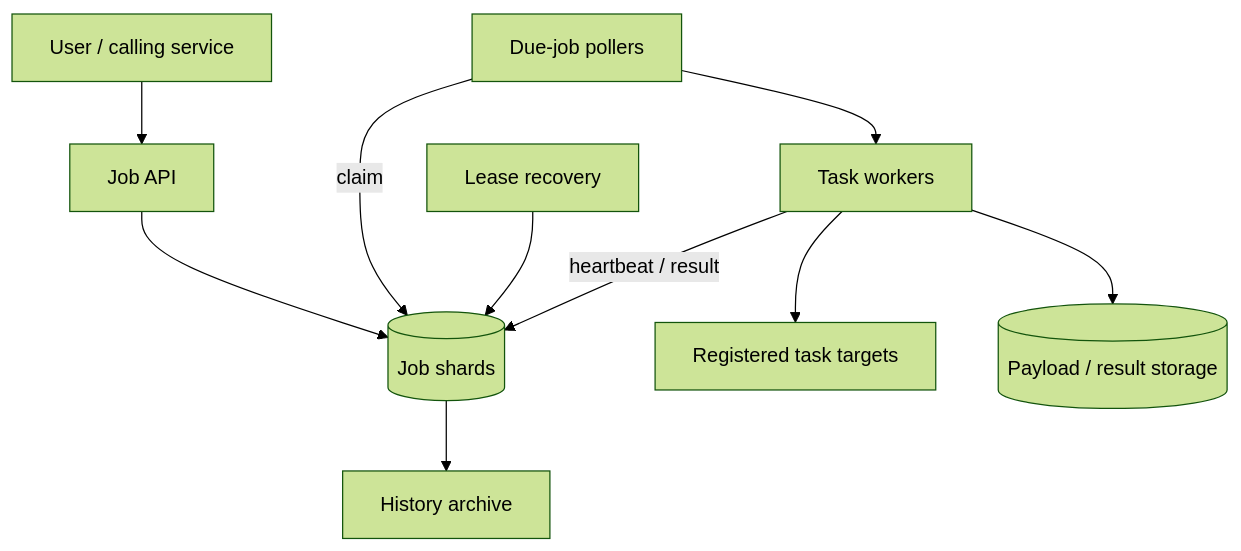
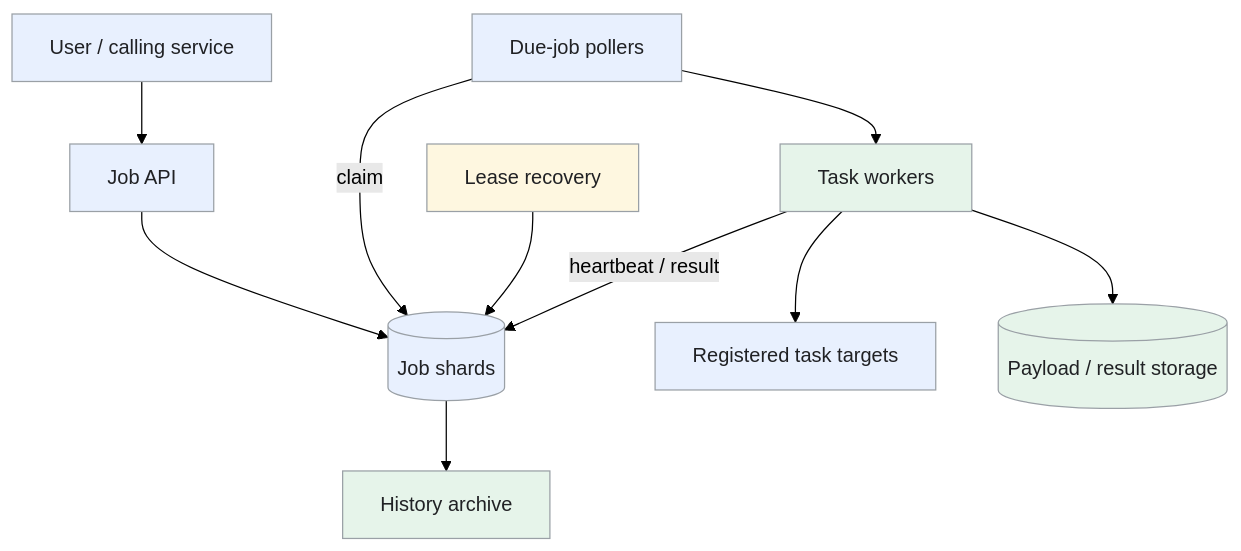
One commit to iliazlobin/iliazlobin.github.io changed the first of 3 diagrams in _designs/system-design-job-scheduler.md. Above: the diagram before and after it, drawn with Mermaid (forest theme). The commit also changed other lines of this file and 20 other files, not shown here.

Commit message:
Improve design flows, tradeoffs, and technology references

````diff
--- a/_designs/system-design-job-scheduler.md
+++ b/_designs/system-design-job-scheduler.md
@@ -128,12 +128,18 @@
 ```mermaid
 flowchart TB
   U["User / calling service"] --> API["Job API"]
   API --> DB[("Job shards")]
   P["Due-job pollers"] -->|claim| DB
   P --> W["Task workers"]
   W -->|heartbeat / result| DB
   W --> T["Registered task targets"]
   W --> O[("Payload / result storage")]
   R["Lease recovery"] --> DB
   DB --> A["History archive"]
+  classDef request fill:#e8f0fe,stroke:#9aa0a6,color:#202124,stroke-width:1px
+  classDef background fill:#e6f4ea,stroke:#9aa0a6,color:#202124,stroke-width:1px
+  classDef control fill:#fef7e0,stroke:#9aa0a6,color:#202124,stroke-width:1px
+  class U,API,DB,P,T request
+  class W,O,A background
+  class R control
 ```
````
